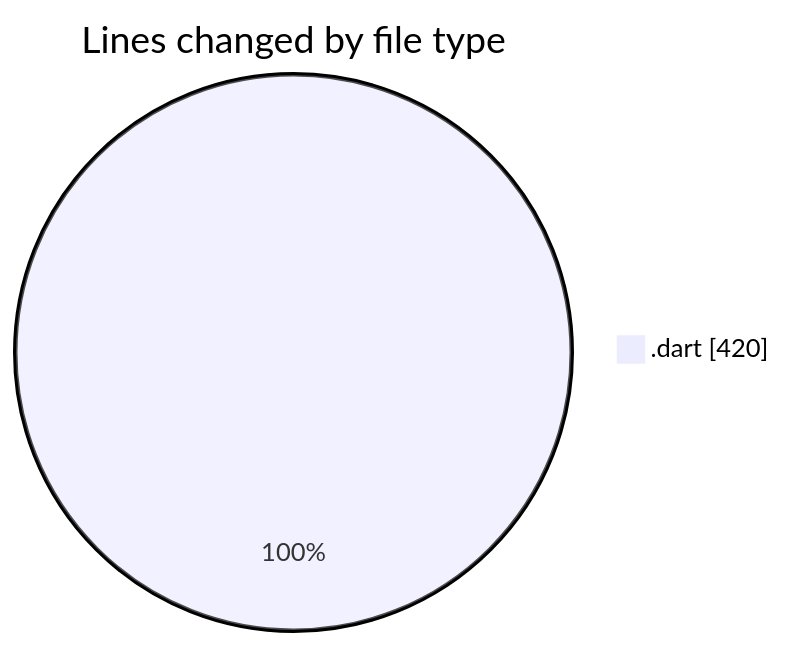
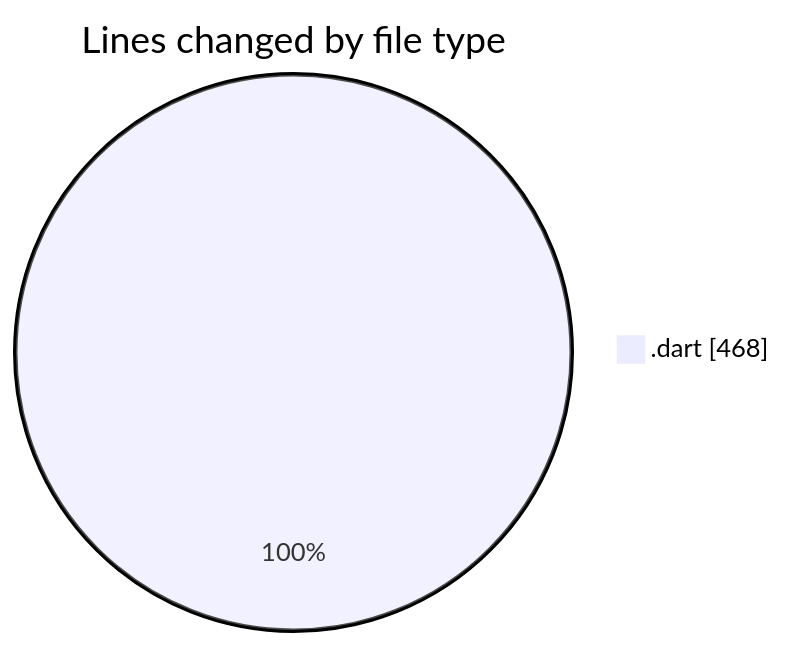
One commit to donsfak/code-tracking changed the first of 2 diagrams in 2025-01-15/trackers_app/README.md. Above: the diagram before and after it, drawn with Mermaid. The commit also changed other lines of this file and 1 other file, not shown here.

````diff
--- a/2025-01-15/trackers_app/README.md
+++ b/2025-01-15/trackers_app/README.md
@@ -23,5 +23,5 @@
 ```mermaid
 pie showData
 title Lines changed by file type
-".dart" : 420
+".dart" : 468
 ```
````
